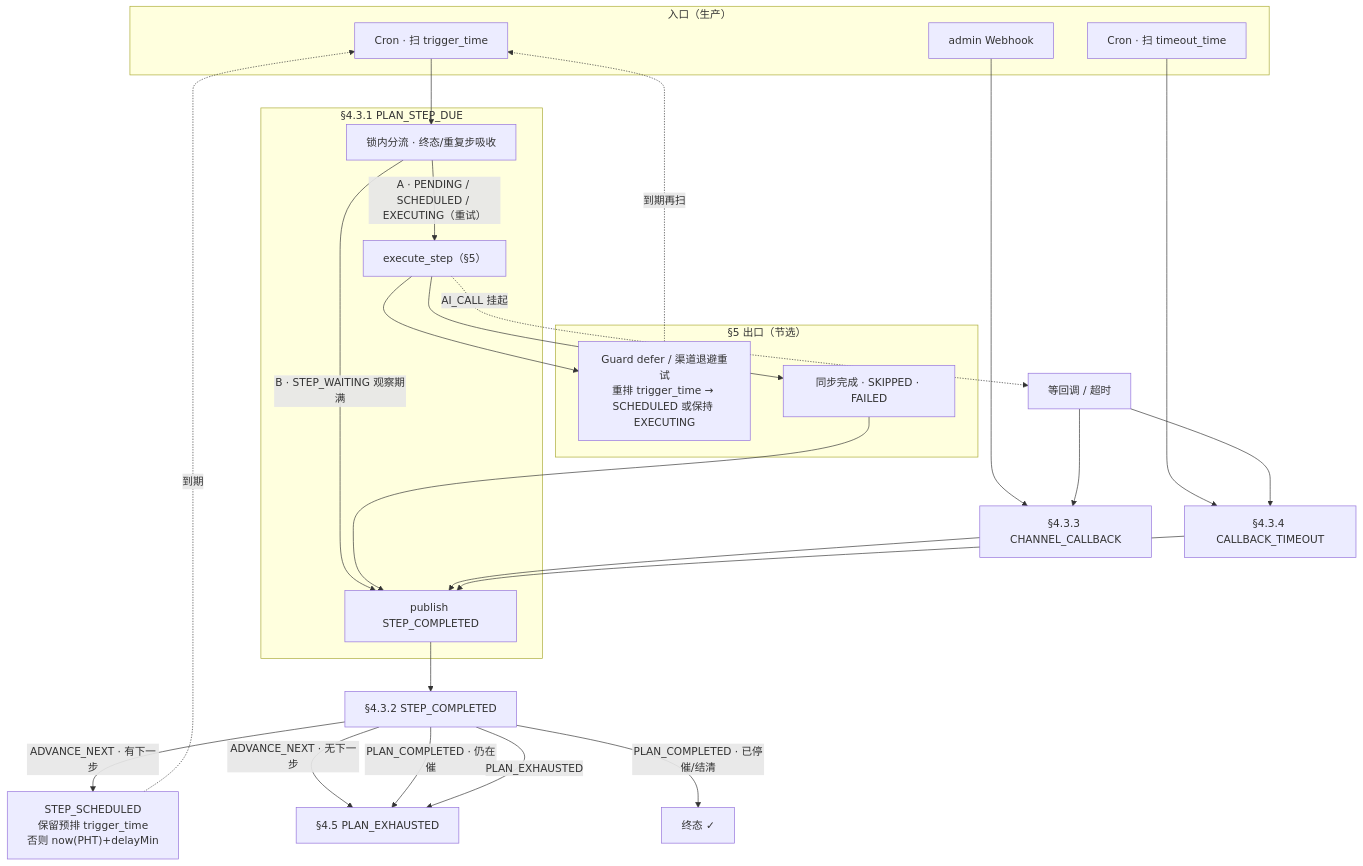
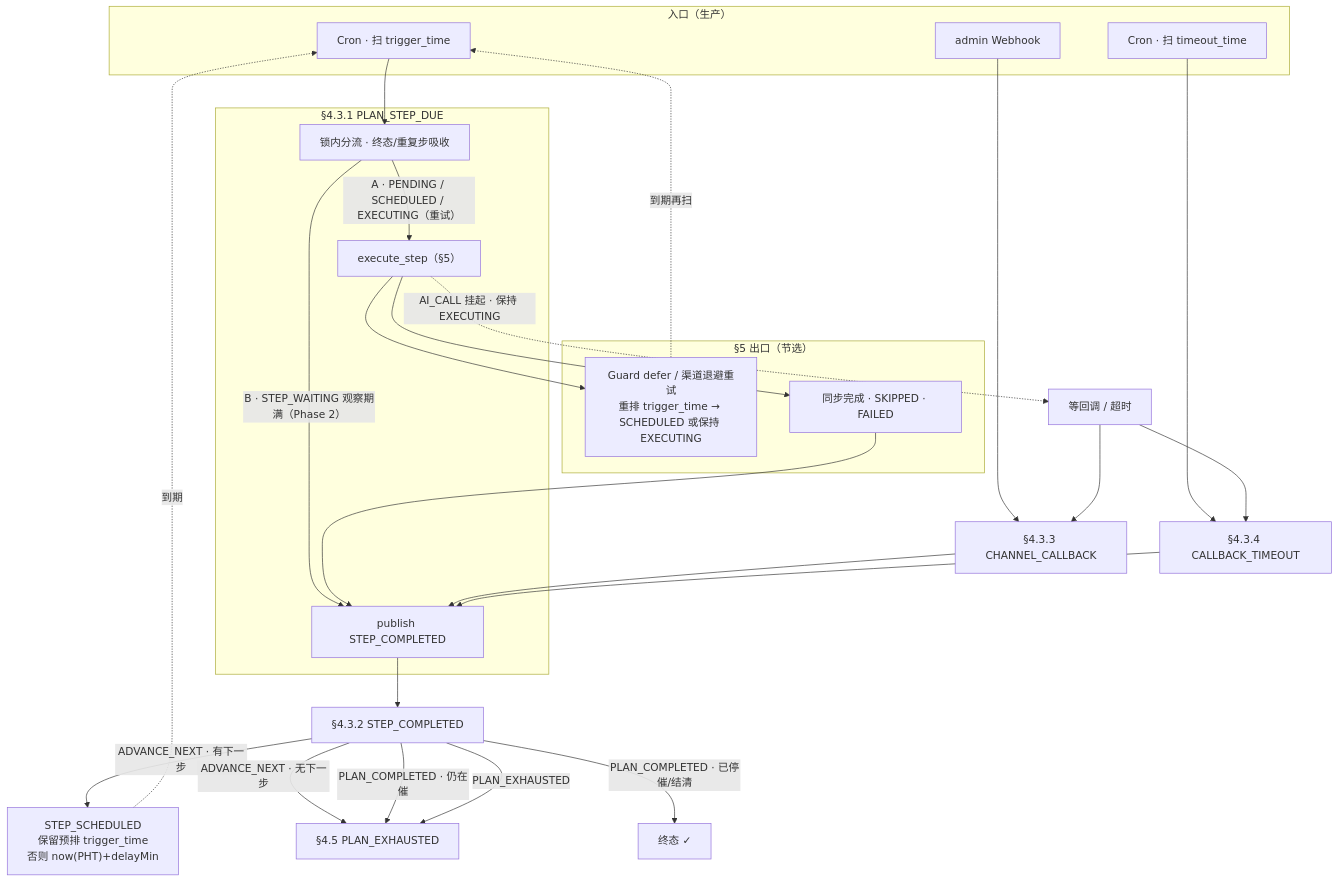
One commit to katherineliu2102/Intelligent-Collection-V1 changed the third of 6 diagrams in docs/MOCASA催收系统升级_Phase1_核心引擎规格.md. Above: the diagram before and after it, drawn with Mermaid. The commit also changed other lines of this file and 41 other files, not shown here.

````diff
--- a/docs/MOCASA催收系统升级_Phase1_核心引擎规格.md
+++ b/docs/MOCASA催收系统升级_Phase1_核心引擎规格.md
@@ -336,47 +307,47 @@
 ```mermaid
 flowchart TB
     subgraph in["入口（生产）"]
         C1["Cron · 扫 trigger_time"]
         C2["Cron · 扫 timeout_time"]
         WH["admin Webhook"]
     end
 
     subgraph s431["§4.3.1 PLAN_STEP_DUE"]
         S1["锁内分流 · 终态/重复步吸收"]
         EX["execute_step（§5）"]
         S1 -->|"A · PENDING / SCHEDULED / EXECUTING（重试）"| EX
-        S1 -->|"B · STEP_WAITING 观察期满"| HUB
+        S1 -->|"B · STEP_WAITING 观察期满（Phase 2）"| HUB
     end
 
     subgraph s5out["§5 出口（节选）"]
         LOOP["Guard defer / 渠道退避重试<br/>重排 trigger_time → SCHEDULED 或保持 EXECUTING"]
         SYNC["同步完成 · SKIPPED · FAILED"]
     end
 
     CB["§4.3.3 CHANNEL_CALLBACK"]
     TO["§4.3.4 CALLBACK_TIMEOUT"]
     HUB["publish STEP_COMPLETED"]
     ADV["§4.3.2 STEP_COMPLETED"]
 
     C1 --> S1
     C2 --> TO
     WH --> CB
 
     EX --> LOOP
     EX --> SYNC
-    EX -.->|"AI_CALL 挂起"| ASYNC["等回调 / 超时"]
+    EX -.->|"AI_CALL 挂起 · 保持 EXECUTING"| ASYNC["等回调 / 超时"]
     LOOP -.->|"到期再扫"| C1
     SYNC --> HUB
     ASYNC --> CB
     ASYNC --> TO
     CB --> HUB
     TO --> HUB
 
     HUB --> ADV
     ADV -->|"ADVANCE_NEXT · 有下一步"| NEXT["STEP_SCHEDULED<br/>保留预排 trigger_time<br/>否则 now(PHT)+delayMin"]
     ADV -->|"ADVANCE_NEXT · 无下一步"| EXH["§4.5 PLAN_EXHAUSTED"]
     ADV -->|"PLAN_COMPLETED · 仍在催"| EXH
     ADV -->|"PLAN_COMPLETED · 已停催/结清"| DONE["终态 ✓"]
     ADV -->|PLAN_EXHAUSTED| EXH
     NEXT -.->|"到期"| C1
 ```
````
